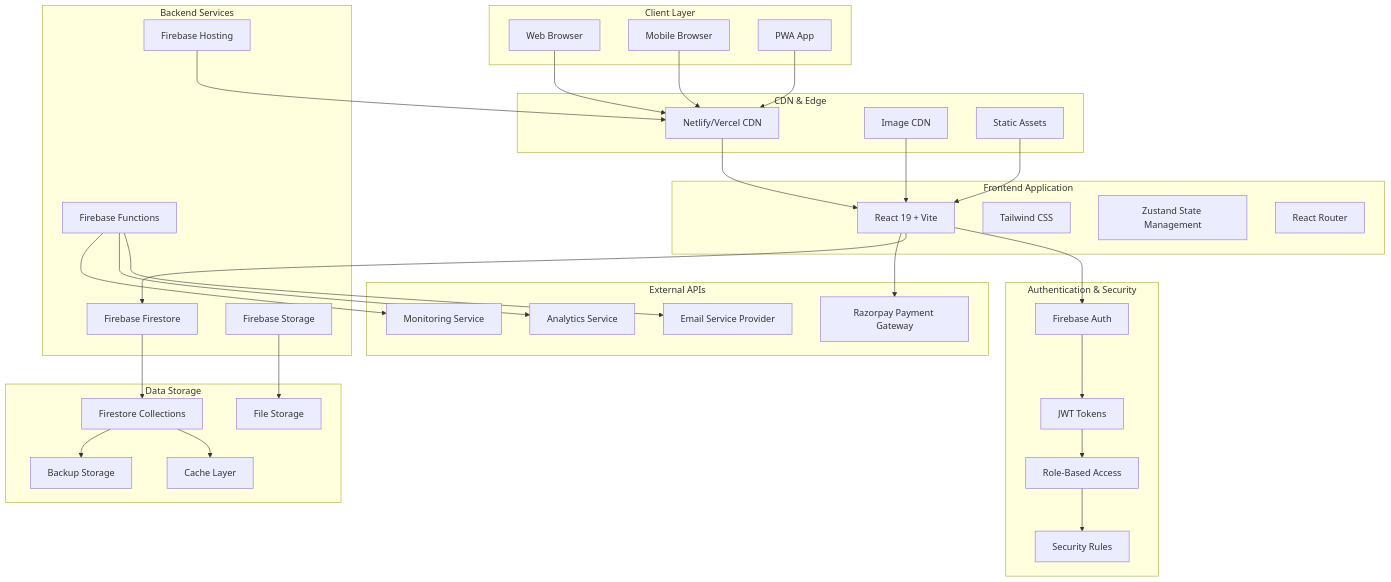
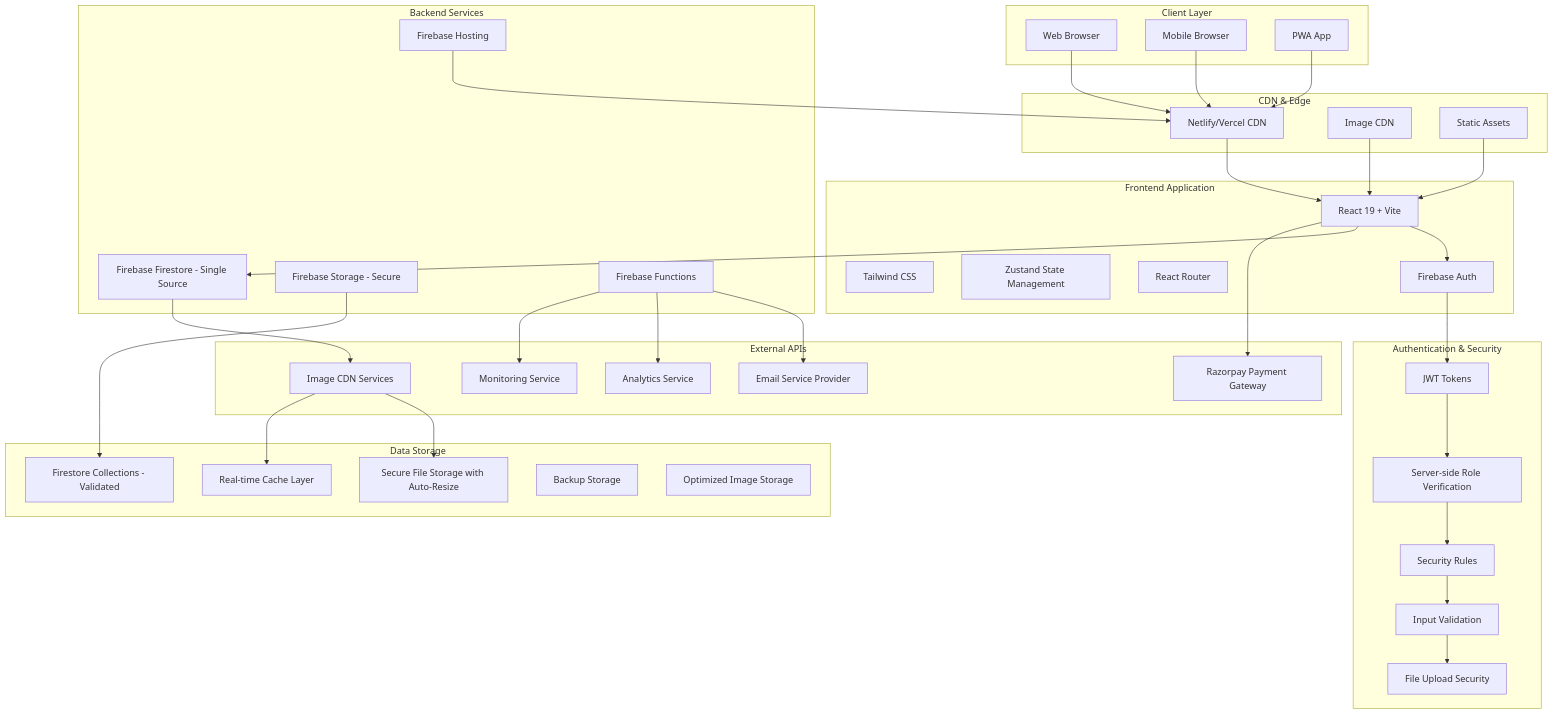
Before and after one commit to anathema43/Ramro: the first of 14 diagrams in SYSTEM_ARCHITECTURE.md, drawn with Mermaid. The commit also changed other lines of this file and 131 other files, not shown here.

````diff
--- a/SYSTEM_ARCHITECTURE.md
+++ b/SYSTEM_ARCHITECTURE.md
@@ -11,75 +19,82 @@
 ```mermaid
 graph TB
     subgraph "Client Layer"
         A[Web Browser]
         B[Mobile Browser]
         C[PWA App]
     end
     
     subgraph "CDN & Edge"
         D[Netlify/Vercel CDN]
         E[Image CDN]
         F[Static Assets]
     end
     
     subgraph "Frontend Application"
         G[React 19 + Vite]
         H[Tailwind CSS]
         I[Zustand State Management]
         J[React Router]
+        K[Responsive Image Optimization System]
     end
     
     subgraph "Authentication & Security"
         K[Firebase Auth]
         L[JWT Tokens]
-        M[Role-Based Access]
+        M[Server-side Role Verification]
         N[Security Rules]
+        O[Input Validation]
+        P[File Upload Security]
     end
     
     subgraph "Backend Services"
-        O[Firebase Firestore]
-        P[Firebase Storage]
-        Q[Firebase Functions]
-        R[Firebase Hosting]
+        Q[Firebase Firestore - Single Source]
+        R[Firebase Storage - Secure]
+        S[Firebase Functions]
+        T[Firebase Hosting]
     end
     
     subgraph "External APIs"
-        S[Razorpay Payment Gateway]
-        T[Email Service Provider]
-        U[Analytics Service]
-        V[Monitoring Service]
+        U[Razorpay Payment Gateway]
+        V[Email Service Provider]
+        W[Analytics Service]
+        X[Monitoring Service]
+        Y[Image CDN Services]
     end
     
     subgraph "Data Storage"
-        W[Firestore Collections]
-        X[File Storage]
-        Y[Cache Layer]
-        Z[Backup Storage]
+        Z[Firestore Collections - Validated]
+        AA[Secure File Storage with Auto-Resize]
+        BB[Real-time Cache Layer]
+        CC[Backup Storage]
+        DD[Optimized Image Storage]
     end
     
     A --> D
     B --> D
     C --> D
     D --> G
     E --> G
     F --> G
     
     G --> K
-    G --> O
-    G --> S
+    G --> Q
+    G --> U
     
     K --> L
     L --> M
     M --> N
+    N --> O
+    O --> P
     
-    O --> W
-    P --> X
-    Q --> T
-    R --> D
+    Q --> Y
+    R --> Z
+    S --> V
+    T --> D
     
-    Q --> U
-    Q --> V
+    S --> W
+    S --> X
     
-    W --> Y
-    W --> Z
+    Y --> AA
+    Y --> BB
 ```
````
